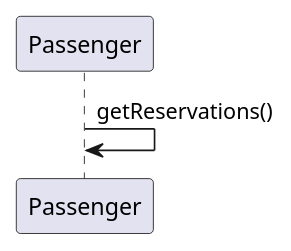
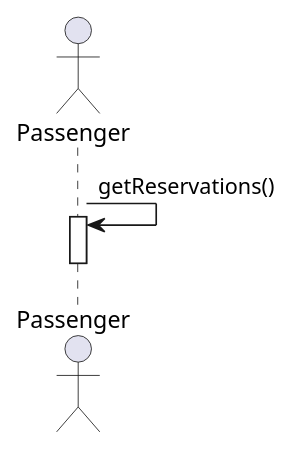
Before and after one commit to AlperenElbasan/FlightReservationSystem: the diagram in Diagrams/Sequence/Passenger/4_view_reservations.puml, drawn with PlantUML. The commit also changed 5 other files, not shown here.

```diff
--- a/Diagrams/Sequence/Passenger/4_view_reservations.puml
+++ b/Diagrams/Sequence/Passenger/4_view_reservations.puml
@@ -1,3 +1,8 @@
-@startuml
+@startuml ViewReservations
+Actor Passenger
+
 Passenger -> Passenger: getReservations()
+activate Passenger
+deactivate
+
 @enduml
```
